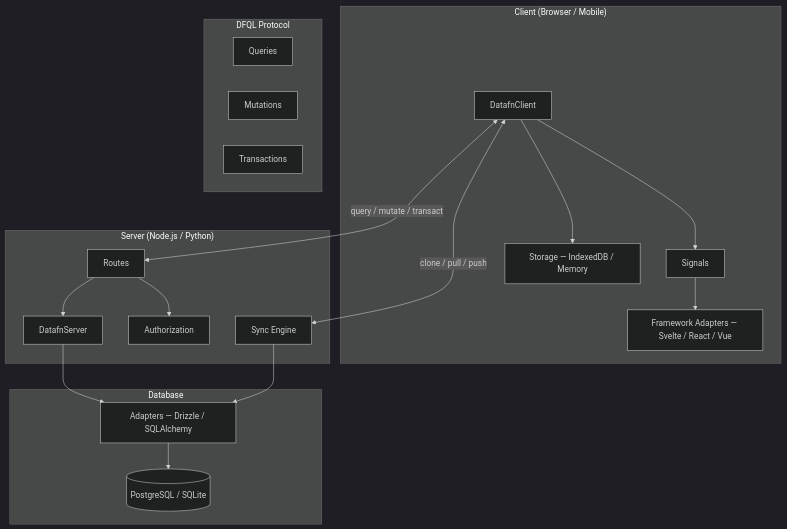
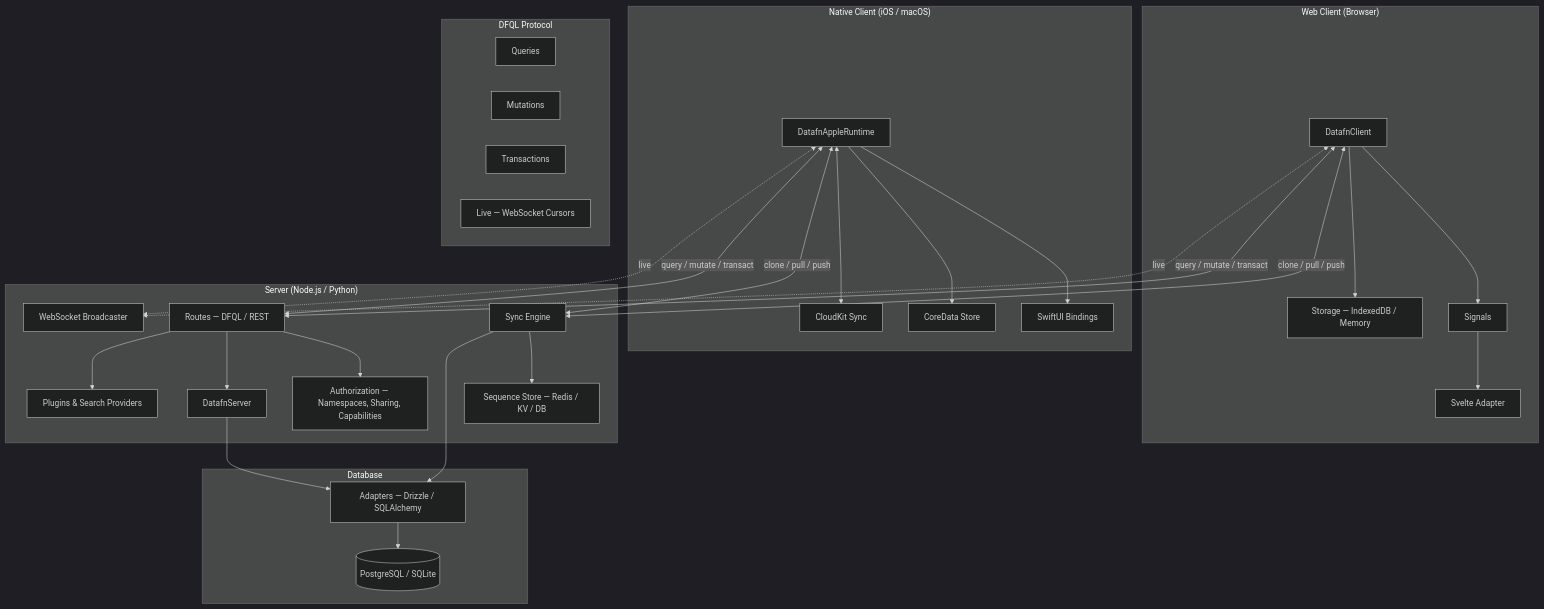
The diagram in datafn/docs/content/docs/index.mdx (21nCo/superfunctions), drawn with Mermaid (dark theme) before and after one commit. The commit also changed other lines of this file and 128 other files, not shown here.

````diff
--- a/datafn/docs/content/docs/index.mdx
+++ b/datafn/docs/content/docs/index.mdx
@@ -14,38 +25,60 @@
 ```mermaid
 graph TD
-    subgraph Client ["Client (Browser / Mobile)"]
+    subgraph Web ["Web Client (Browser)"]
         DC[DatafnClient]
         SIG[Signals]
         STR["Storage — IndexedDB / Memory"]
-        FA["Framework Adapters — Svelte / React / Vue"]
+        SV[Svelte Adapter]
+    end
+
+    subgraph Apple ["Native Client (iOS / macOS)"]
+        AR[DatafnAppleRuntime]
+        SUI[SwiftUI Bindings]
+        CDS[CoreData Store]
+        CK[CloudKit Sync]
     end
 
     subgraph Protocol ["DFQL Protocol"]
         Q[Queries]
         M[Mutations]
         T[Transactions]
+        LIVE["Live — WebSocket Cursors"]
     end
 
     subgraph Server ["Server (Node.js / Python)"]
         DS[DatafnServer]
-        RT[Routes]
-        AUTH[Authorization]
+        RT["Routes — DFQL / REST"]
+        AUTH["Authorization — Namespaces, Sharing, Capabilities"]
         SE[Sync Engine]
+        SEQ["Sequence Store — Redis / KV / DB"]
+        WSB[WebSocket Broadcaster]
+        PL[Plugins & Search Providers]
     end
 
     subgraph DB ["Database"]
         AD["Adapters — Drizzle / SQLAlchemy"]
         PG[(PostgreSQL / SQLite)]
     end
 
     DC --> SIG
-    SIG --> FA
+    SIG --> SV
     DC --> STR
     DC <-->|"clone / pull / push"| SE
     DC <-->|"query / mutate / transact"| RT
+    DC <-.->|live| WSB
+
+    AR --> SUI
+    AR --> CDS
+    AR <--> CK
+    AR <-->|"clone / pull / push"| SE
+    AR <-->|"query / mutate / transact"| RT
+    AR <-.->|live| WSB
+
     RT --> AUTH
     RT --> DS
+    RT --> PL
     DS --> AD
+    SE --> SEQ
+    SE --> AD
     AD --> PG
-    SE --> AD
 ```
````
